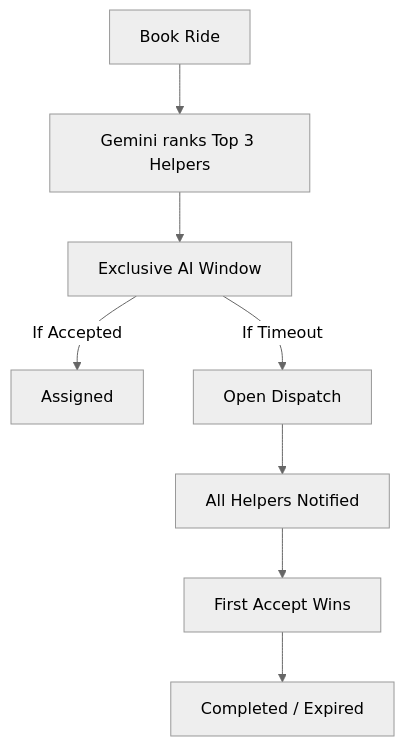
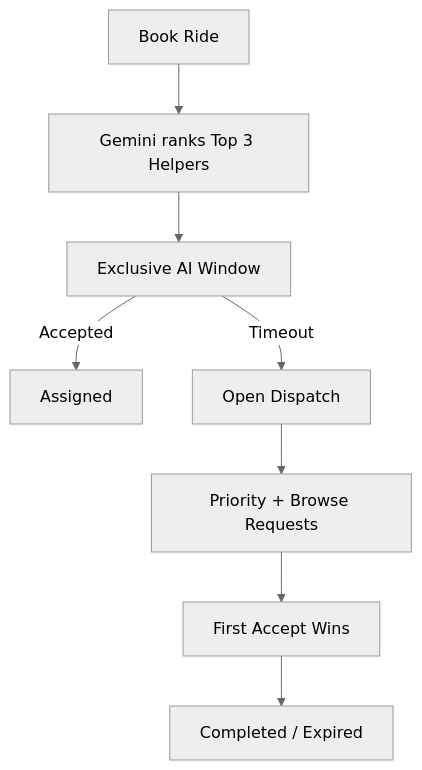
One commit to Nashap/CareRide-AI changed the second of 2 diagrams in README.md. Above: the diagram before and after it, drawn with Mermaid (neutral theme). The commit also changed other lines of this file, not shown here.

````diff
--- a/README.md
+++ b/README.md
@@ -91,10 +170,10 @@
 ```mermaid
 graph TD
     A[Book Ride] --> B[Gemini ranks Top 3 Helpers]
     B --> C[Exclusive AI Window]
-    C -->|If Accepted| D[Assigned]
-    C -->|If Timeout| E[Open Dispatch]
-    E --> F[All Helpers Notified]
+    C -->|Accepted| D[Assigned]
+    C -->|Timeout| E[Open Dispatch]
+    E --> F[Priority + Browse Requests]
     F --> G[First Accept Wins]
     G --> H[Completed / Expired]
 ```
````
